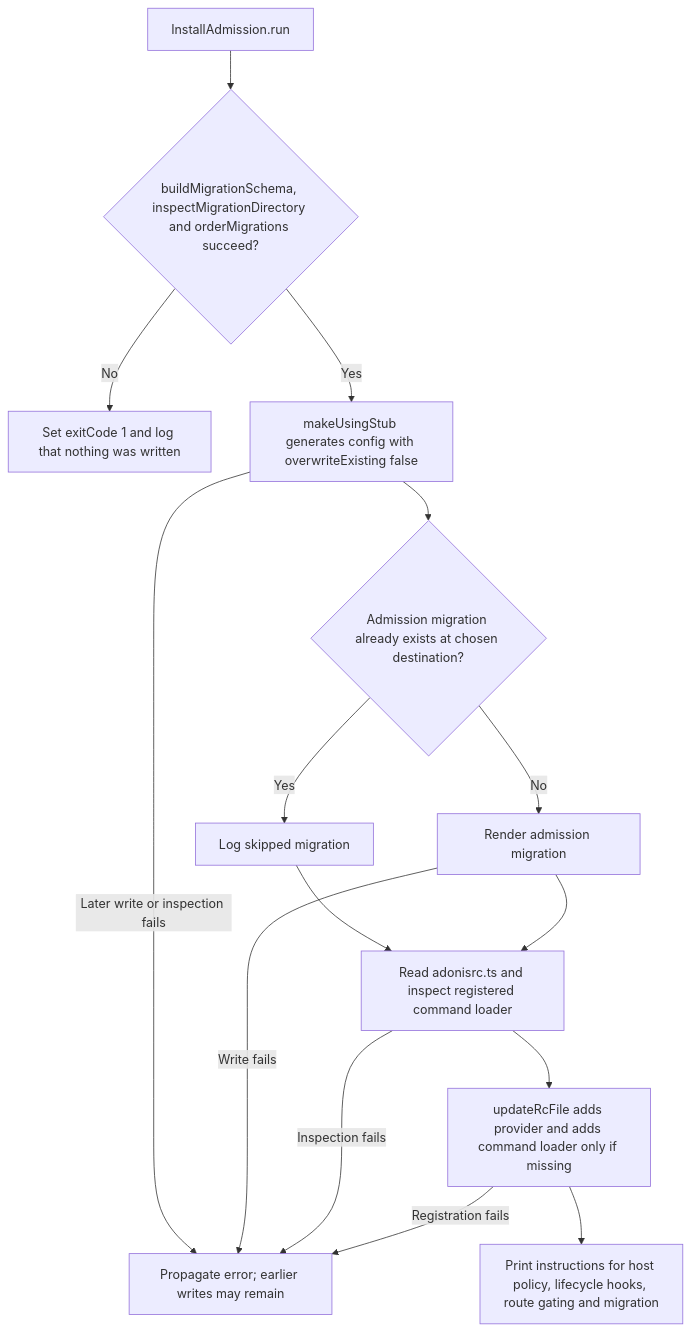
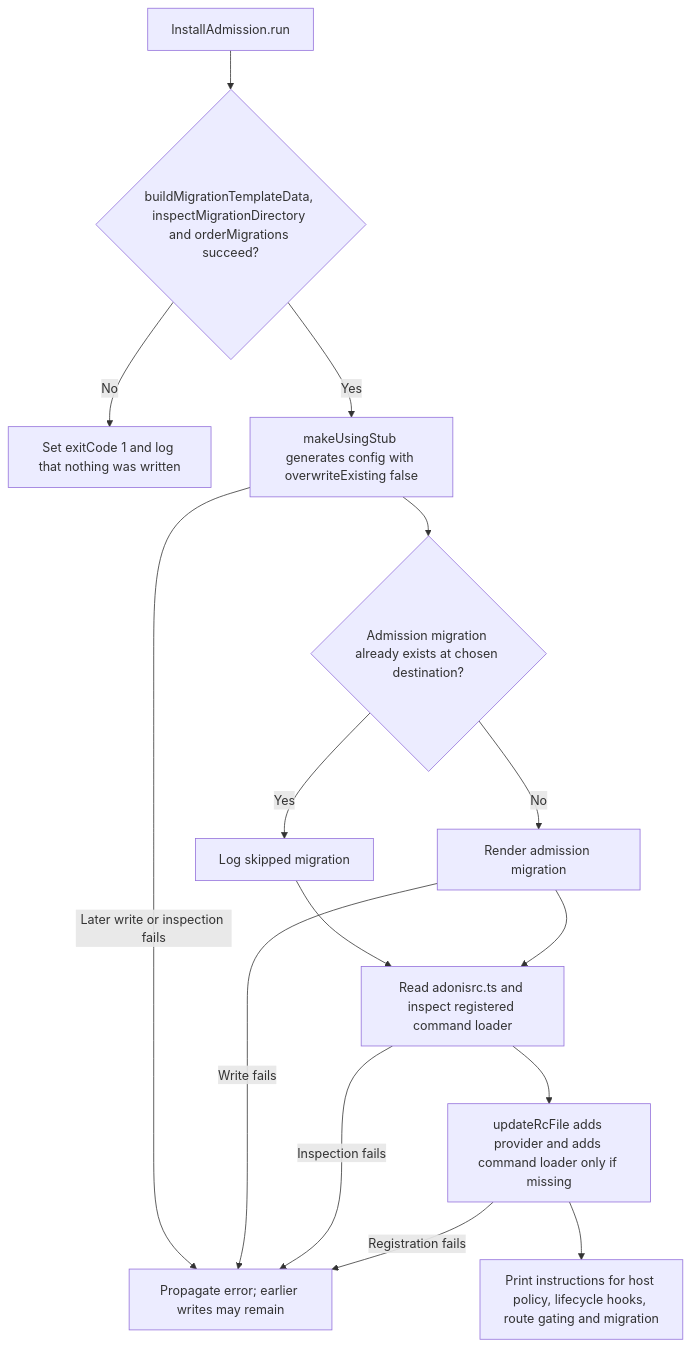
One commit to Kevinjohn/oss-adonisjs-account-kit changed the second of 2 diagrams in user-stories/US-ACCOUNT-28-install-admission.md. Above: the diagram before and after it, drawn with Mermaid. The commit also changed 33 other files, not shown here.

Commit message:
Name migration template data and align stub destinations

````diff
--- a/user-stories/US-ACCOUNT-28-install-admission.md
+++ b/user-stories/US-ACCOUNT-28-install-admission.md
@@ -36,17 +36,17 @@
 ```mermaid
 flowchart TD
- A["InstallAdmission.run"] --> B{"buildMigrationSchema, inspectMigrationDirectory and orderMigrations succeed?"}
+ A["InstallAdmission.run"] --> B{"buildMigrationTemplateData, inspectMigrationDirectory and orderMigrations succeed?"}
  B -->|No| C["Set exitCode 1 and log that nothing was written"]
  B -->|Yes| D["makeUsingStub generates config with overwriteExisting false"]
  D --> E{"Admission migration already exists at chosen destination?"}
  E -->|Yes| F["Log skipped migration"]
  E -->|No| G["Render admission migration"]
  F --> H["Read adonisrc.ts and inspect registered command loader"]
  G --> H
  D -->|Later write or inspection fails| X["Propagate error; earlier writes may remain"]
  G -->|Write fails| X
  H -->|Inspection fails| X
  I -->|Registration fails| X
  H --> I["updateRcFile adds provider and adds command loader only if missing"]
  I --> J["Print instructions for host policy, lifecycle hooks, route gating and migration"]
 ```
````
